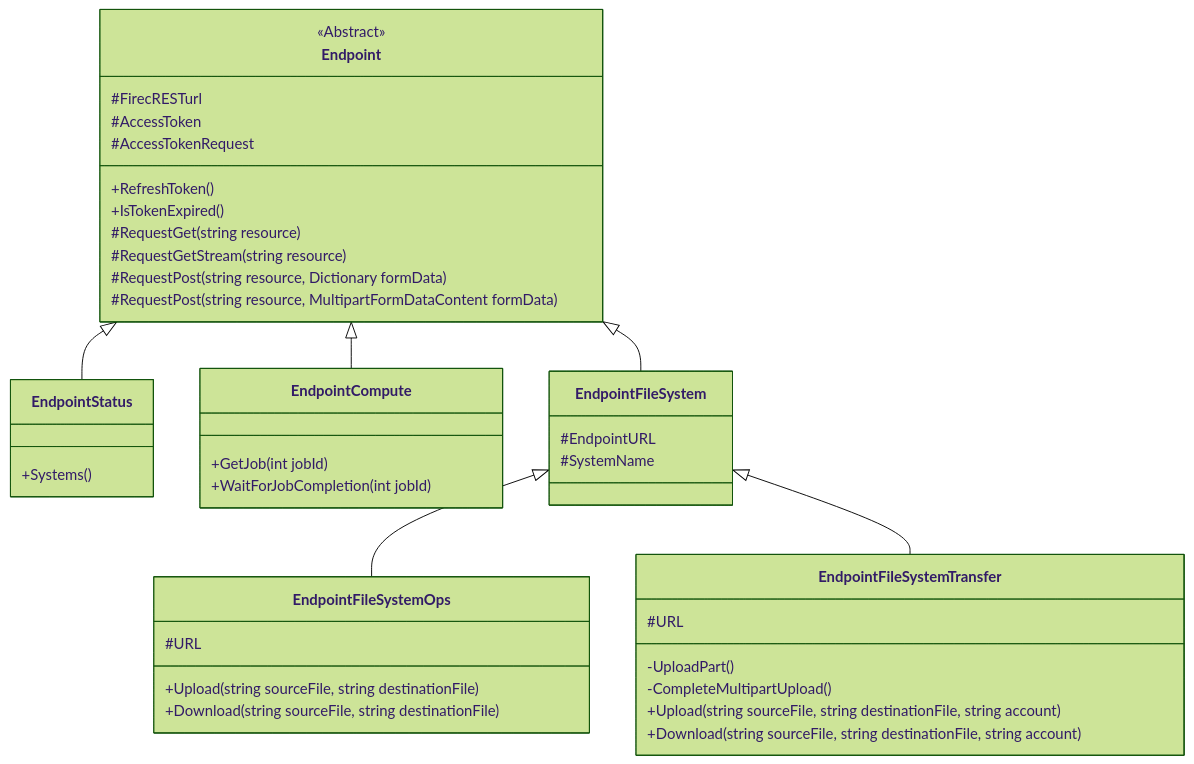
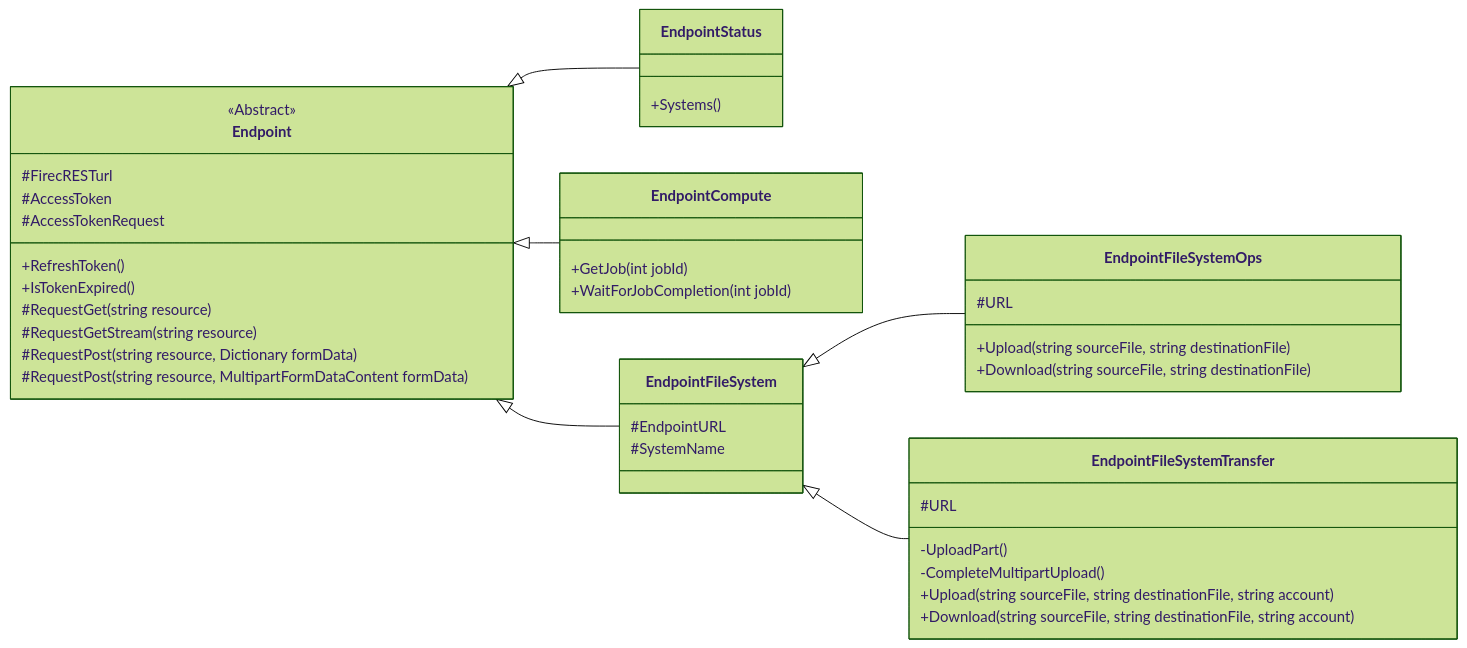
The diagram in docs/user_guide/data_transfer_dotnet/README.md (eth-cscs/firecrest-v2), drawn with Mermaid (forest theme) before and after one commit.

Commit message:
restored class diagram orientation

````diff
--- a/docs/user_guide/data_transfer_dotnet/README.md
+++ b/docs/user_guide/data_transfer_dotnet/README.md
@@ -29,47 +29,48 @@
 ```mermaid
 ---
 title:
 ---
 classDiagram
     Endpoint <|-- EndpointStatus
     Endpoint <|-- EndpointCompute
     Endpoint <|-- EndpointFileSystem
     EndpointFileSystem <|-- EndpointFileSystemOps
     EndpointFileSystem <|-- EndpointFileSystemTransfer
     <<Abstract>>Endpoint
+    direction LR
     class Endpoint{
         #FirecRESTurl
         #AccessToken
         #AccessTokenRequest
         +RefreshToken()
         +IsTokenExpired()
         #RequestGet(string resource)
         #RequestGetStream(string resource)
         #RequestPost(string resource, Dictionary<string, string> formData)
         #RequestPost(string resource, MultipartFormDataContent formData)
     }
     class EndpointCompute{
         +GetJob(int jobId)
         +WaitForJobCompletion(int jobId)
     }
     class EndpointStatus{
         +Systems()
     }
     class EndpointFileSystem{
         #EndpointURL
         #SystemName
     }
     class EndpointFileSystemOps{
         #URL
         +Upload(string sourceFile, string destinationFile)
         +Download(string sourceFile, string destinationFile)
     }
     class EndpointFileSystemTransfer{
         #URL
         -UploadPart()
         -CompleteMultipartUpload()
         +Upload(string sourceFile, string destinationFile, string account)
         +Download(string sourceFile, string destinationFile, string account)
     }
 
 ```
````
